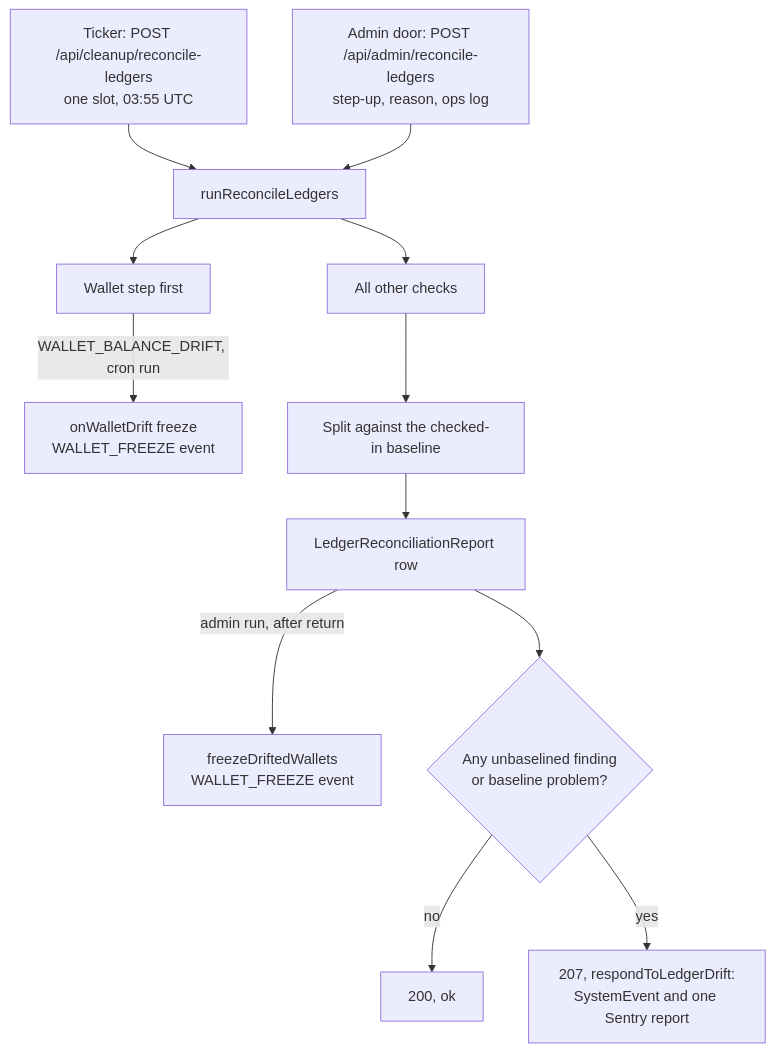
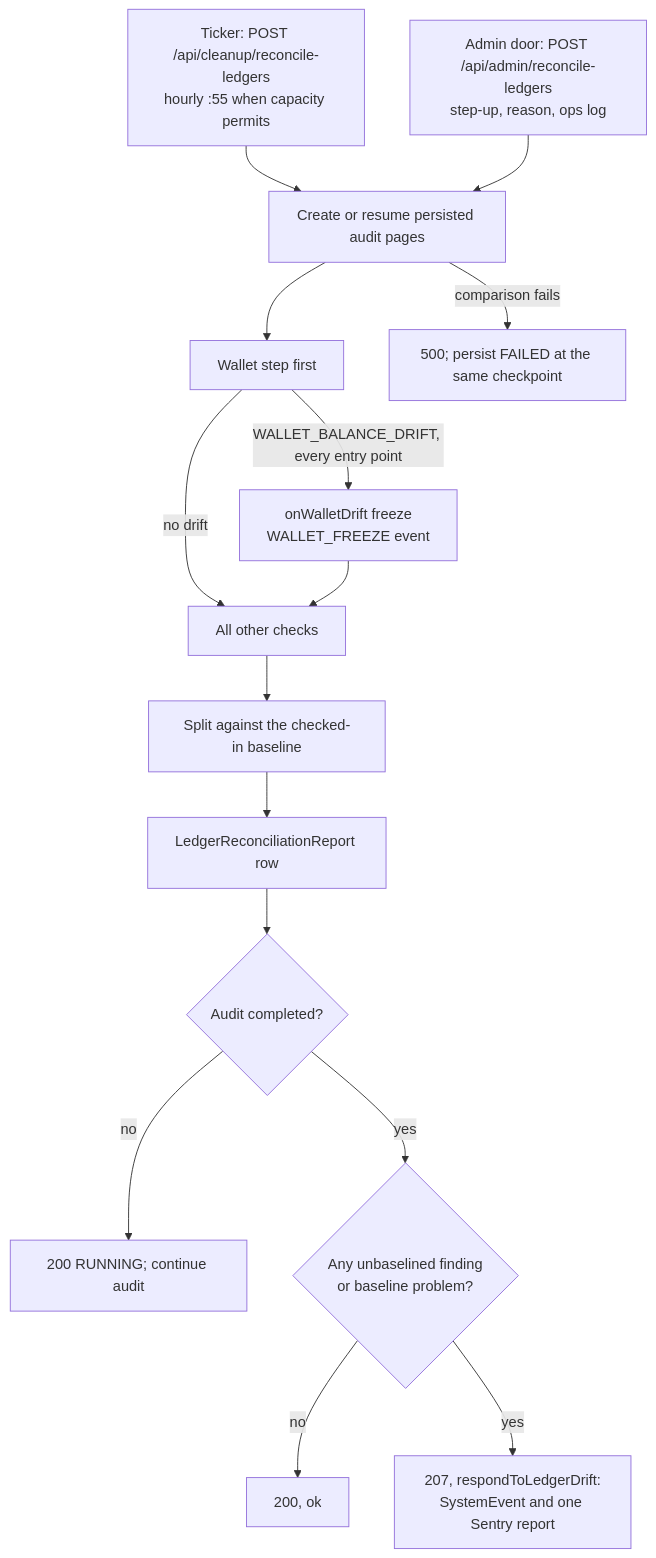
Before and after one commit to Practitionist/familiarise_web: the diagram in docs/finance/20-ledger/06-integrity-and-reconciliation.md, drawn with Mermaid. The commit also changed other lines of this file and 46 other files, not shown here.

````diff
--- a/docs/finance/20-ledger/06-integrity-and-reconciliation.md
+++ b/docs/finance/20-ledger/06-integrity-and-reconciliation.md
@@ -61,14 +61,17 @@
 ```mermaid
 flowchart TD
-  CRON["Ticker: POST /api/cleanup/reconcile-ledgers<br/>one slot, 03:55 UTC"] --> RUN["runReconcileLedgers"]
+  CRON["Ticker: POST /api/cleanup/reconcile-ledgers<br/>hourly :55 when capacity permits"] --> RUN["Create or resume persisted audit pages"]
   ADMIN["Admin door: POST /api/admin/reconcile-ledgers<br/>step-up, reason, ops log"] --> RUN
   RUN --> W["Wallet step first"]
-  W -->|"WALLET_BALANCE_DRIFT, cron run"| FRZ["onWalletDrift freeze<br/>WALLET_FREEZE event"]
-  REP -->|"admin run, after return"| AFRZ["freezeDriftedWallets<br/>WALLET_FREEZE event"]
-  RUN --> REST["All other checks"]
+  W -->|"WALLET_BALANCE_DRIFT, every entry point"| FRZ["onWalletDrift freeze<br/>WALLET_FREEZE event"]
+  W -->|"no drift"| REST["All other checks"]
+  FRZ --> REST
   REST --> BL["Split against the checked-in baseline"]
   BL --> REP["LedgerReconciliationReport row"]
-  REP --> OK{"Any unbaselined finding<br/>or baseline problem?"}
+  RUN -->|"comparison fails"| F["500; persist FAILED at the same checkpoint"]
+  REP --> DONE{"Audit completed?"}
+  DONE -- no --> CONT["200 RUNNING; continue audit"]
+  DONE -- yes --> OK{"Any unbaselined finding<br/>or baseline problem?"}
   OK -- no --> G["200, ok"]
   OK -- yes --> P["207, respondToLedgerDrift:<br/>SystemEvent and one Sentry report"]
 ```
````
